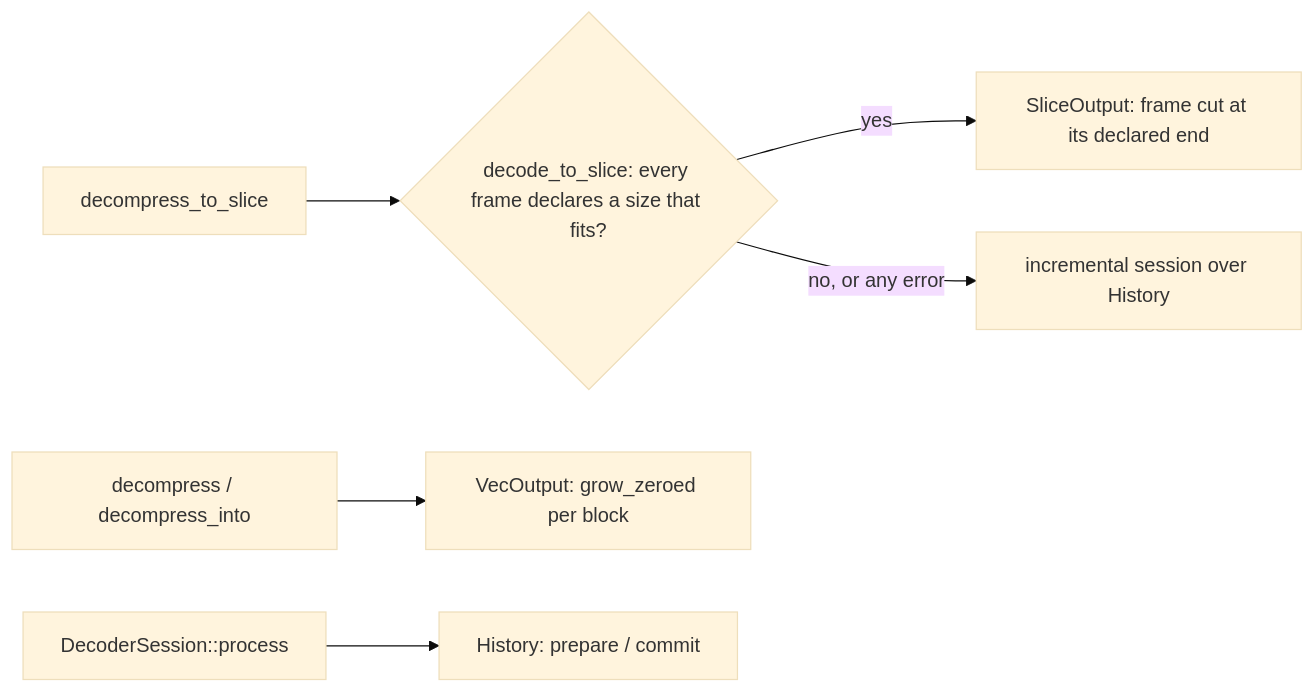
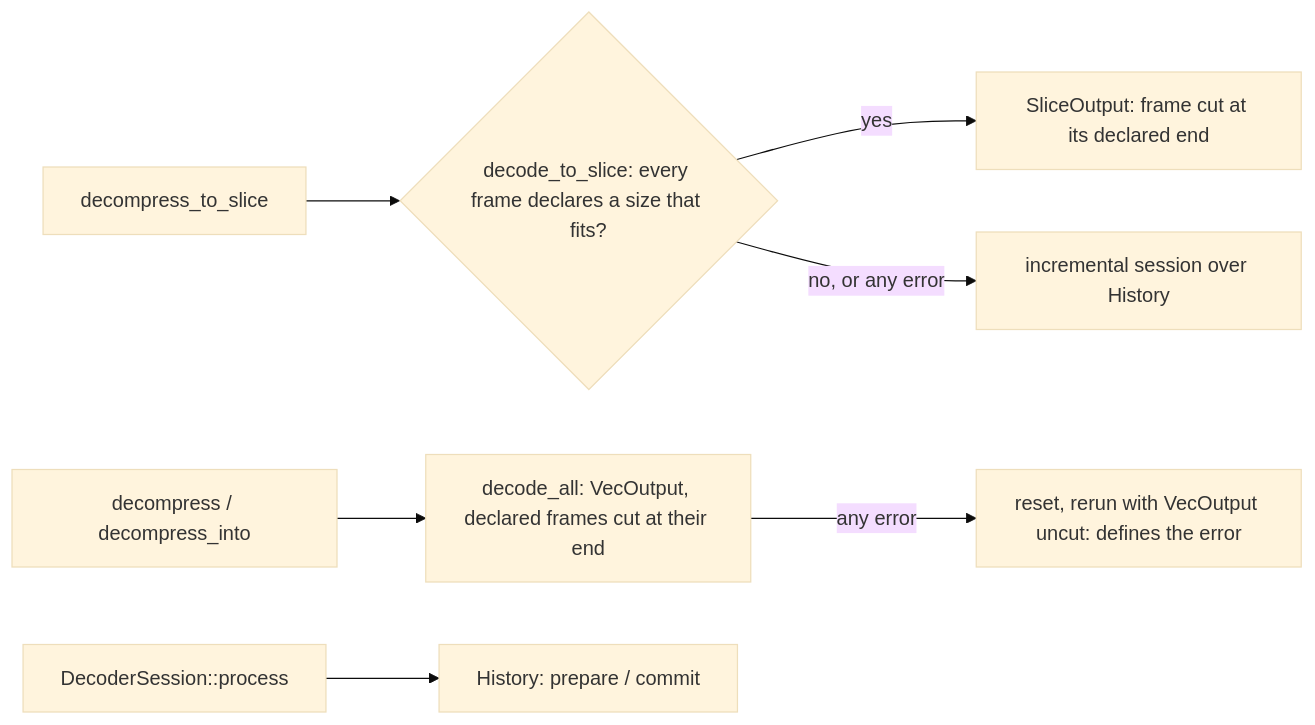
One commit to M-Compressors/mzstd changed the fifth of 6 diagrams in architecture/decoder-performance.md. Above: the diagram before and after it, drawn with Mermaid (base theme). The commit also changed other lines of this file and 336 other files, not shown here.

````diff
--- a/architecture/decoder-performance.md
+++ b/architecture/decoder-performance.md
@@ -187,8 +187,9 @@
 ```mermaid
 flowchart LR
     ToSlice[decompress_to_slice] --> Direct{decode_to_slice: every frame declares a size that fits?}
     Direct -->|yes| Slice[SliceOutput: frame cut at its declared end]
     Direct -->|no, or any error| Session[incremental session over History]
-    Into[decompress / decompress_into] --> Vec[VecOutput: grow_zeroed per block]
+    Into[decompress / decompress_into] --> Cut[decode_all: VecOutput, declared frames cut at their end]
+    Cut -->|any error| Uncut[reset, rerun with VecOutput uncut: defines the error]
     Process[DecoderSession::process] --> History[History: prepare / commit]
 ```
````
